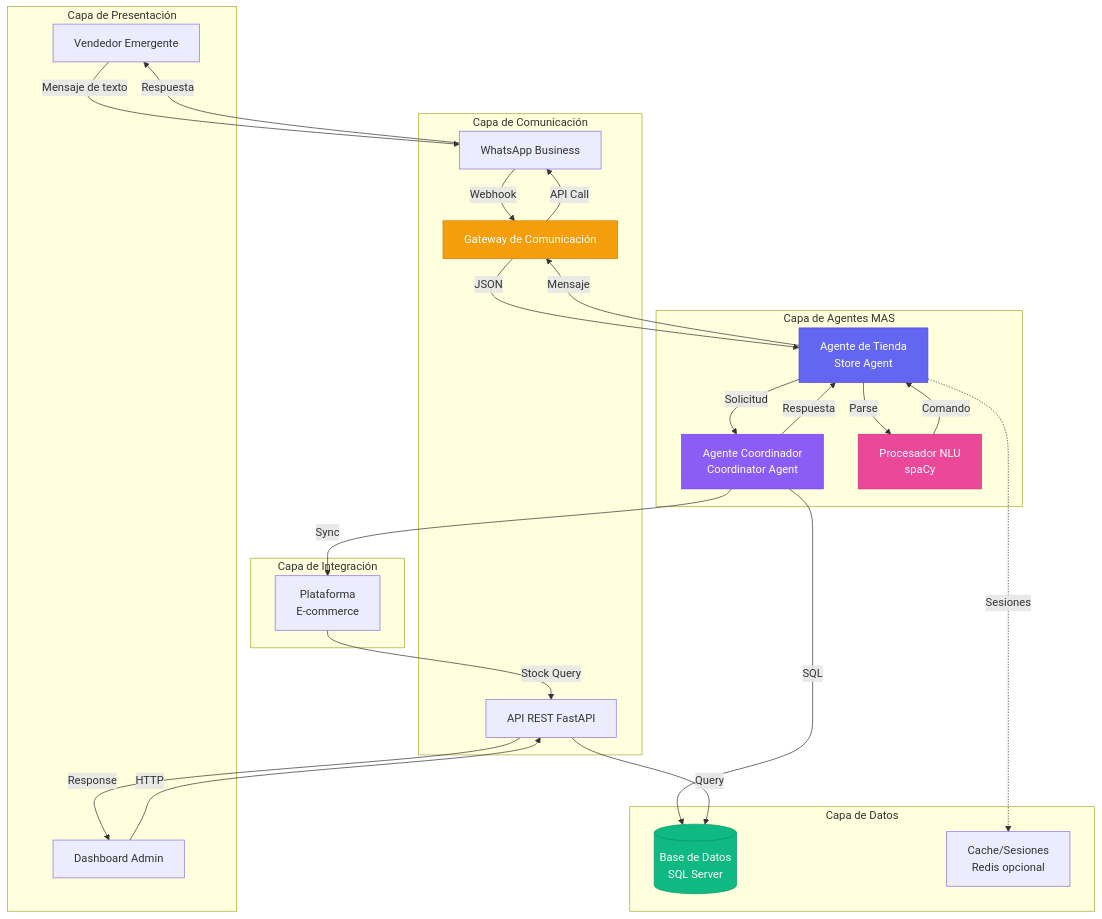
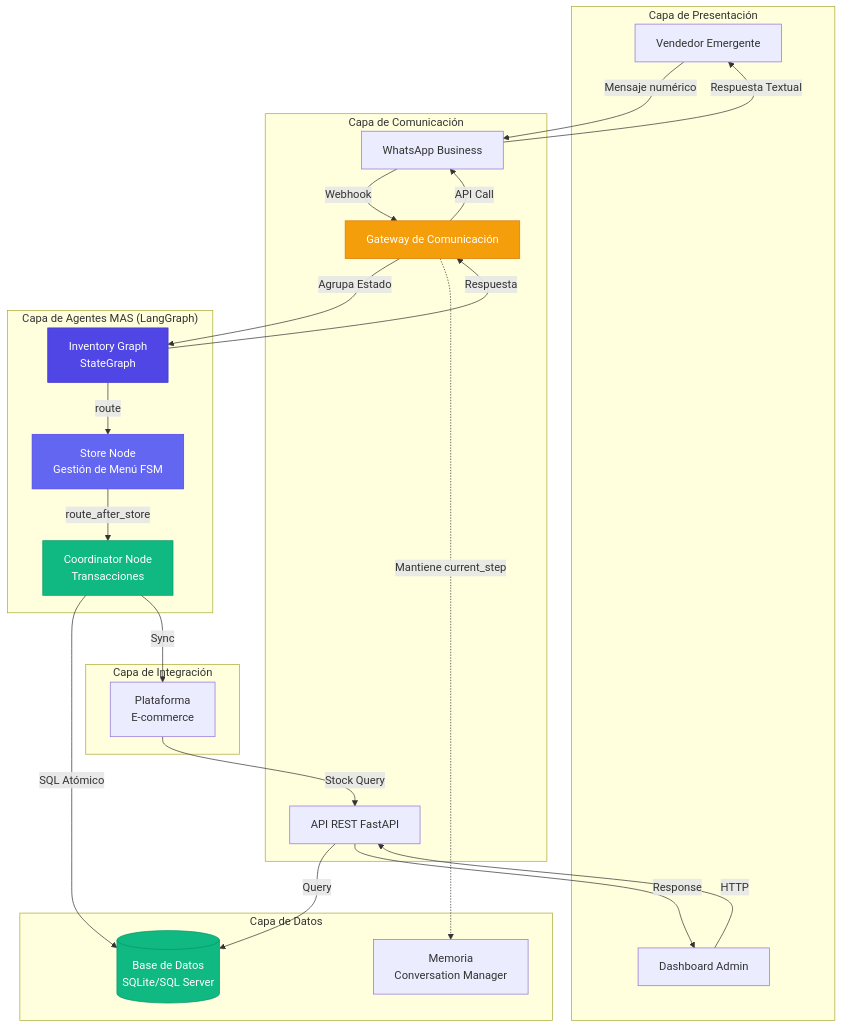
Before and after one commit to adriancsc/Tesis-2-whatsapp-api: the first of 11 diagrams in docs/ARCHITECTURE.md, drawn with Mermaid. The commit also changed other lines of this file and 12 other files, not shown here.

````diff
--- a/docs/ARCHITECTURE.md
+++ b/docs/ARCHITECTURE.md
@@ -36,55 +36,53 @@
 ```mermaid
 graph TB
     subgraph "Capa de Presentación"
         V[Vendedor Emergente]
         D[Dashboard Admin]
     end
     
     subgraph "Capa de Comunicación"
         WA[WhatsApp Business]
         GW[Gateway de Comunicación]
         API[API REST FastAPI]
     end
     
-    subgraph "Capa de Agentes MAS"
-        SA[Agente de Tienda<br/>Store Agent]
-        CA[Agente Coordinador<br/>Coordinator Agent]
-        NLU[Procesador NLU<br/>spaCy]
+    subgraph "Capa de Agentes MAS (LangGraph)"
+        IG[Inventory Graph<br/>StateGraph]
+        SA[Store Node<br/>Gestión de Menú FSM]
+        CA[Coordinator Node<br/>Transacciones]
     end
     
     subgraph "Capa de Datos"
-        DB[(Base de Datos<br/>SQL Server)]
-        CACHE[Cache/Sesiones<br/>Redis opcional]
+        DB[(Base de Datos<br/>SQLite/SQL Server)]
+        MEM[Memoria<br/>Conversation Manager]
     end
     
     subgraph "Capa de Integración"
         EC[Plataforma<br/>E-commerce]
     end
     
-    V -->|Mensaje de texto| WA
+    V -->|Mensaje numérico| WA
     WA -->|Webhook| GW
-    GW -->|JSON| SA
-    SA -->|Parse| NLU
-    NLU -->|Comando| SA
-    SA -->|Solicitud| CA
-    CA -->|SQL| DB
-    CA -->|Respuesta| SA
-    SA -->|Mensaje| GW
+    GW -->|Agrupa Estado| IG
+    IG -->|route| SA
+    SA -->|route_after_store| CA
+    CA -->|SQL Atómico| DB
+    IG -->|Respuesta| GW
     GW -->|API Call| WA
-    WA -->|Respuesta| V
+    WA -->|Respuesta Textual| V
     
     D -->|HTTP| API
     API -->|Query| DB
     API -->|Response| D
     
     CA -->|Sync| EC
     EC -->|Stock Query| API
     
-    SA -.->|Sesiones| CACHE
+    GW -.->|Mantiene current_step| MEM
     
+    style IG fill:#4f46e5,stroke:#4338ca,color:#fff
     style SA fill:#6366f1,stroke:#4f46e5,color:#fff
-    style CA fill:#8b5cf6,stroke:#7c3aed,color:#fff
-    style NLU fill:#ec4899,stroke:#db2777,color:#fff
+    style CA fill:#10b981,stroke:#059669,color:#fff
     style DB fill:#10b981,stroke:#059669,color:#fff
     style GW fill:#f59e0b,stroke:#d97706,color:#fff
 ```
````
